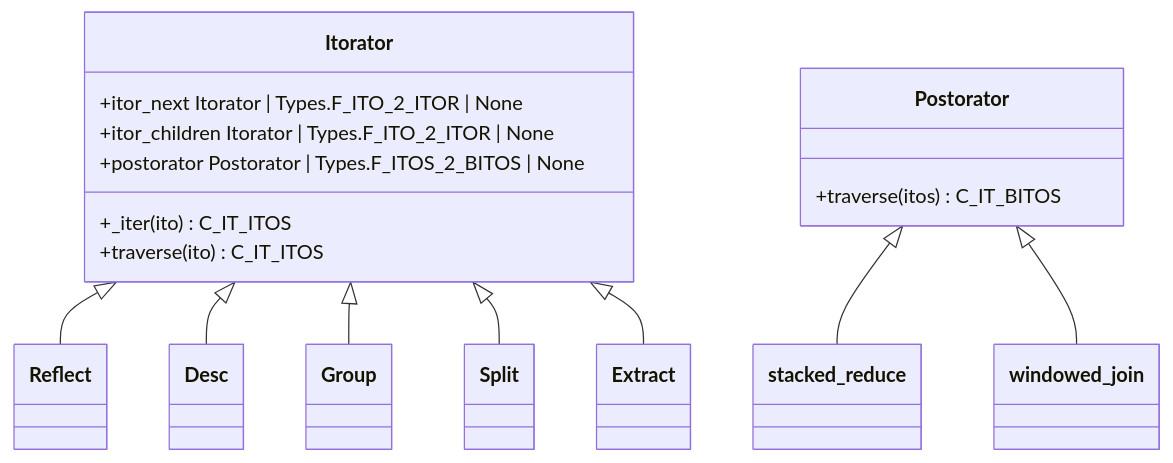
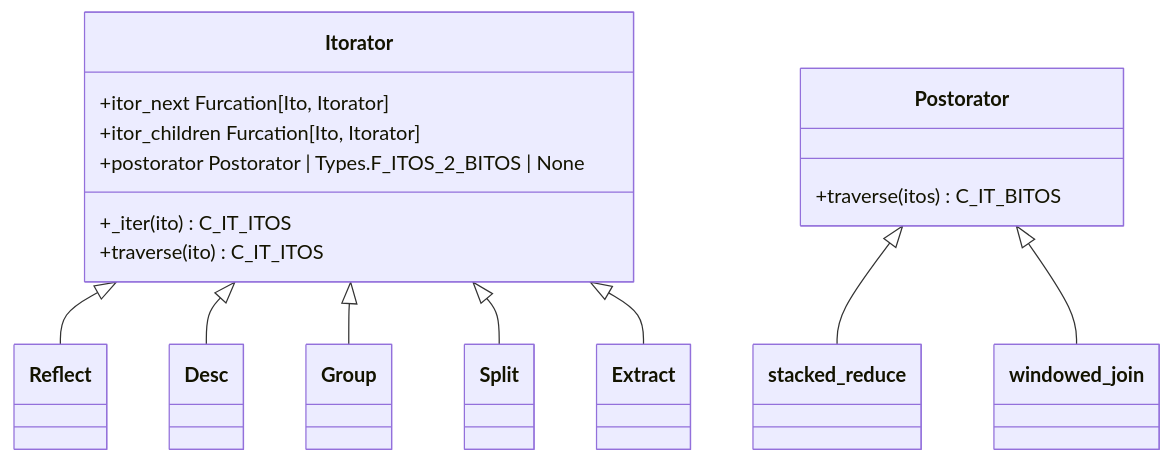
Before and after one commit to rlayers/pawpaw: the third of 3 diagrams in docs/4. Arborform.md, drawn with Mermaid. The commit also changed 9 other files, not shown here.

Commit message:
Arborform .itor_next & .itor_children now are monads (i.e., class Furcation)

````diff
--- a/docs/4. Arborform.md
+++ b/docs/4. Arborform.md
@@ -142,23 +142,23 @@
 ```mermaid
 classDiagram
   class Itorator{
-      +itor_next Itorator | Types.F_ITO_2_ITOR | None
-      +itor_children Itorator | Types.F_ITO_2_ITOR | None
+      +itor_next Furcation[Ito, Itorator]
+      +itor_children Furcation[Ito, Itorator]
       +postorator Postorator | Types.F_ITOS_2_BITOS | None
       +_iter(ito) C_IT_ITOS
       +traverse(ito) C_IT_ITOS
   }
   
   Itorator <|-- Reflect
   Itorator <|-- Desc
   Itorator <|-- Group
   Itorator <|-- Split
   Itorator <|-- Extract
 
   class Postorator{
       +traverse(itos) C_IT_BITOS
   }
 
   Postorator <|-- stacked_reduce
   Postorator <|-- windowed_join
 ```
````
